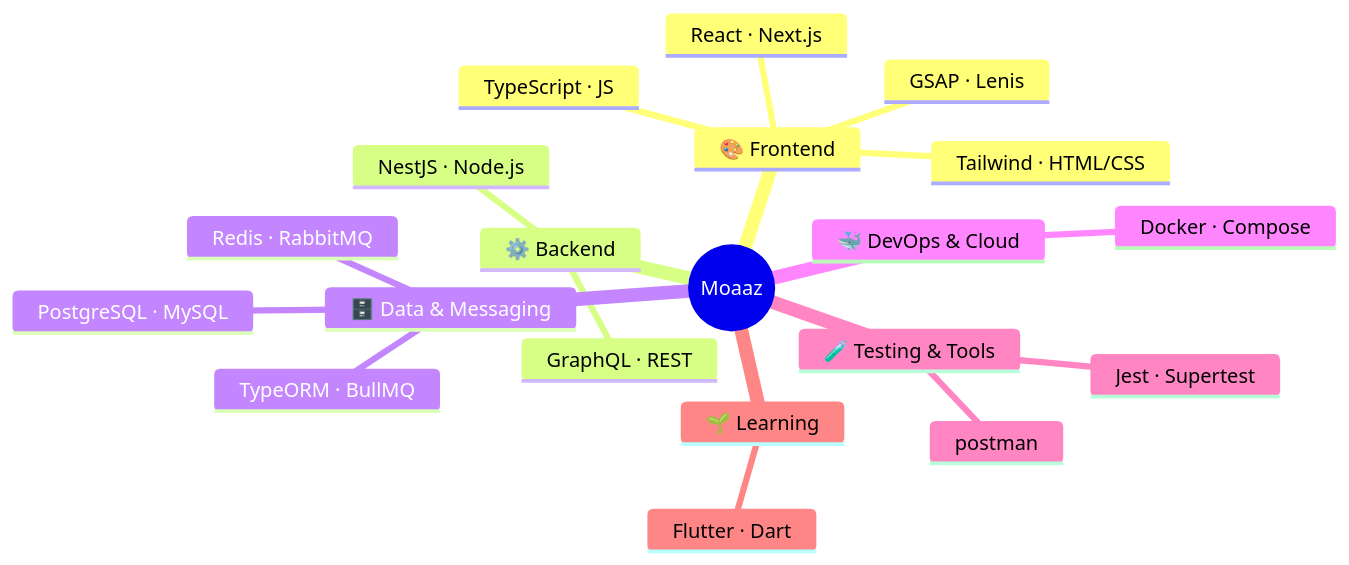
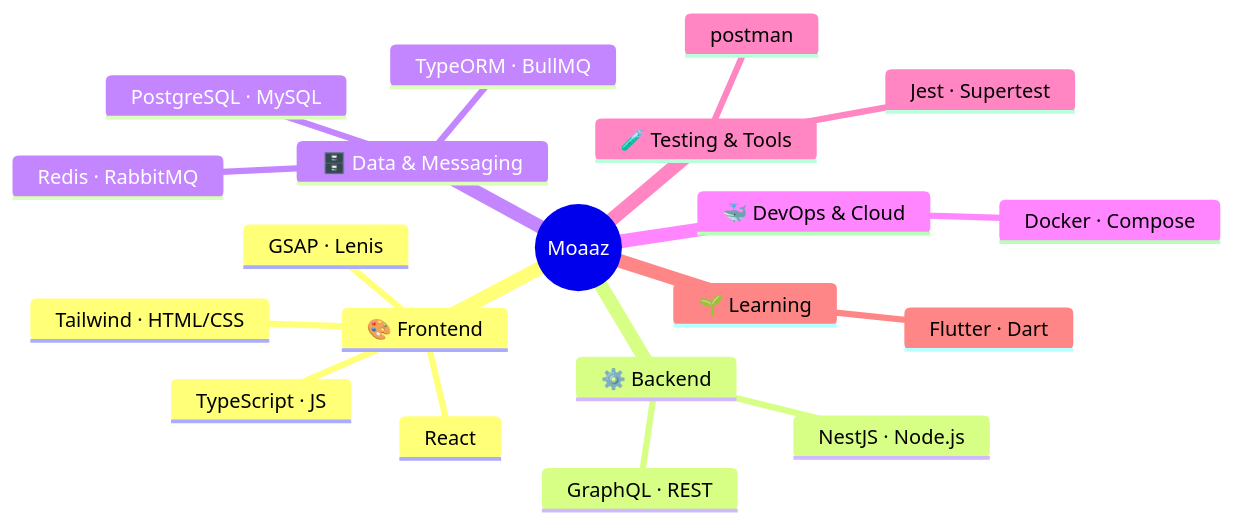
One commit to MoaazHF/MoaazHF changed the diagram in README.md. Above: the diagram before and after it, drawn with Mermaid. The commit also changed other lines of this file, not shown here.

````diff
--- a/README.md
+++ b/README.md
@@ -96,23 +96,23 @@
 ```mermaid
 mindmap
   root((Moaaz))
     🎨 Frontend
-      React · Next.js
+      React
       TypeScript · JS
       Tailwind · HTML/CSS
       GSAP · Lenis
     ⚙️ Backend
       NestJS · Node.js
       GraphQL · REST
     🗄️ Data & Messaging
       PostgreSQL · MySQL
       Redis · RabbitMQ
       TypeORM · BullMQ
     🐳 DevOps & Cloud
       Docker · Compose
     🧪 Testing & Tools
       postman
       Jest · Supertest
     🌱 Learning
       Flutter · Dart
 ```
````
